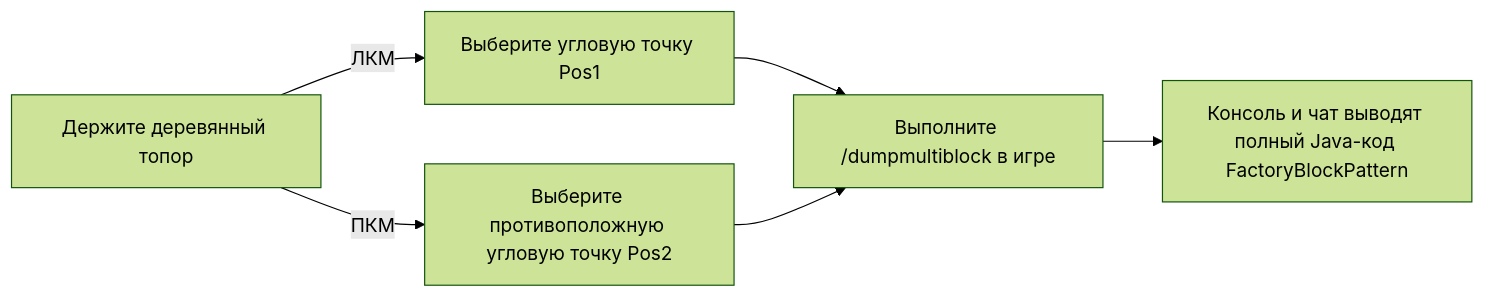
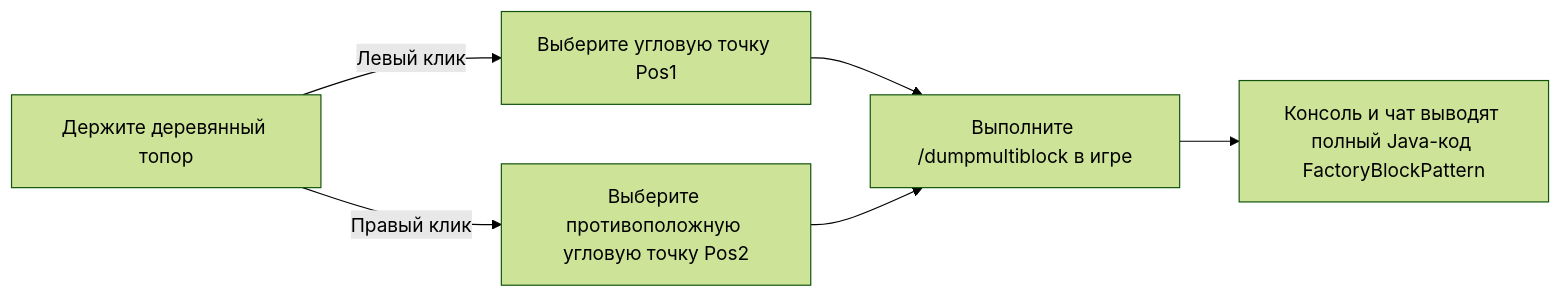
Before and after one commit to takanashisatou/GregtechEasy: the diagram in docs/ru/kubejs/tools-and-utilities.md, drawn with Mermaid (forest theme). The commit also changed other lines of this file and 138 other files, not shown here.

````diff
--- a/docs/ru/kubejs/tools-and-utilities.md
+++ b/docs/ru/kubejs/tools-and-utilities.md
@@ -13,7 +13,7 @@
 ```mermaid
 graph LR
-    A[Держите деревянный топор] -->|ЛКМ| B[Выберите угловую точку Pos1]
-    A -->|ПКМ| C[Выберите противоположную угловую точку Pos2]
+    A[Держите деревянный топор] -->|Левый клик| B[Выберите угловую точку Pos1]
+    A -->|Правый клик| C[Выберите противоположную угловую точку Pos2]
     B & C --> D[Выполните /dumpmultiblock в игре]
     D --> E[Консоль и чат выводят полный Java-код FactoryBlockPattern]
 ```
````
